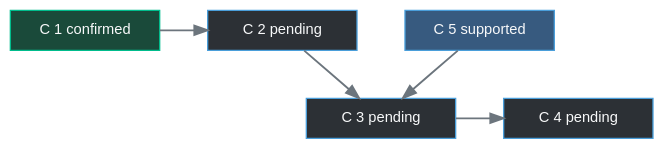
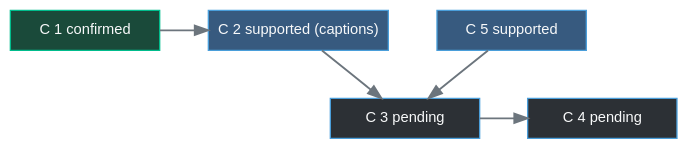
One commit to HongyuCao3/dmllm-refresh-frontier changed the second of 2 diagrams in docs/claims.qmd. Above: the diagram before and after it, drawn with Graphviz. The commit also changed other lines of this file and 9 other files, not shown here.

````diff
--- a/docs/claims.qmd
+++ b/docs/claims.qmd
@@ -59,20 +59,20 @@
 ```{dot}
 //| label: fig-claims
 //| fig-cap: "Claim to evidence; C 5 decides which anchors C 3 and C 4 use"
 //| fig-width: 7
 //| fig-height: 2.8
 digraph G {
   bgcolor="transparent"
   rankdir=TB
   graph [ranksep=0.5, nodesep=0.5]
   node [style=filled, fillcolor="#2c3035", color="#4a9eda",
         fontcolor="#f8f9fa", fontname="Arial", fontsize=11,
         shape=box, width=1.55, height=0.42]
   edge [color="#6c757d", penwidth=1.4]
-  {rank=same; C1 [label="C 1 confirmed", fillcolor="#1a4a3a", color="#00bc8c"]; C5 [label="C 5 supported", fillcolor="#375a7f"]; C2 [label="C 2 pending"]}
+  {rank=same; C1 [label="C 1 confirmed", fillcolor="#1a4a3a", color="#00bc8c"]; C5 [label="C 5 supported", fillcolor="#375a7f"]; C2 [label="C 2 supported (captions)", fillcolor="#375a7f"]}
   {rank=same; C3 [label="C 3 pending"]; C4 [label="C 4 pending"]}
   C1 -> C2
   C5 -> C3
   C2 -> C3 -> C4
 }
 ```
````
